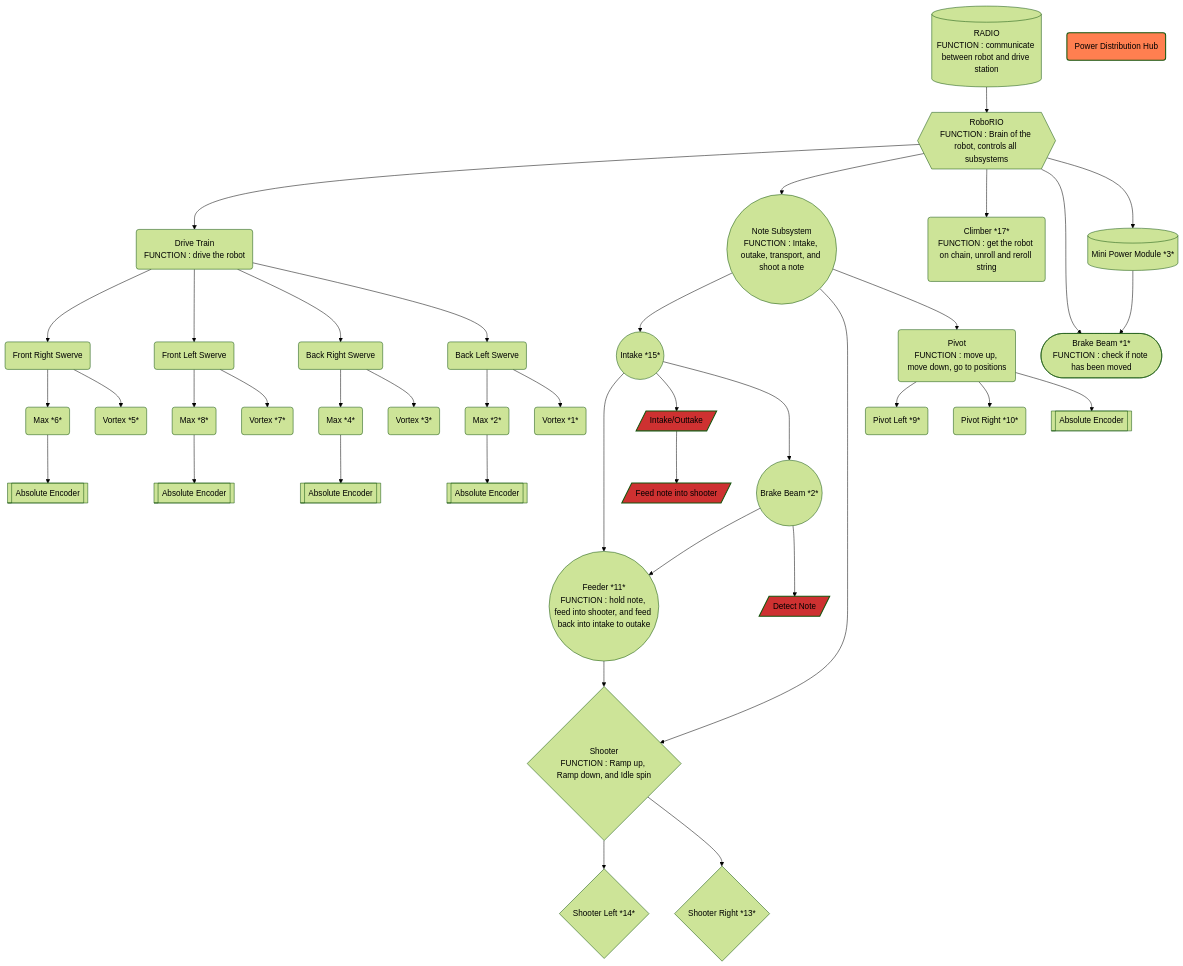
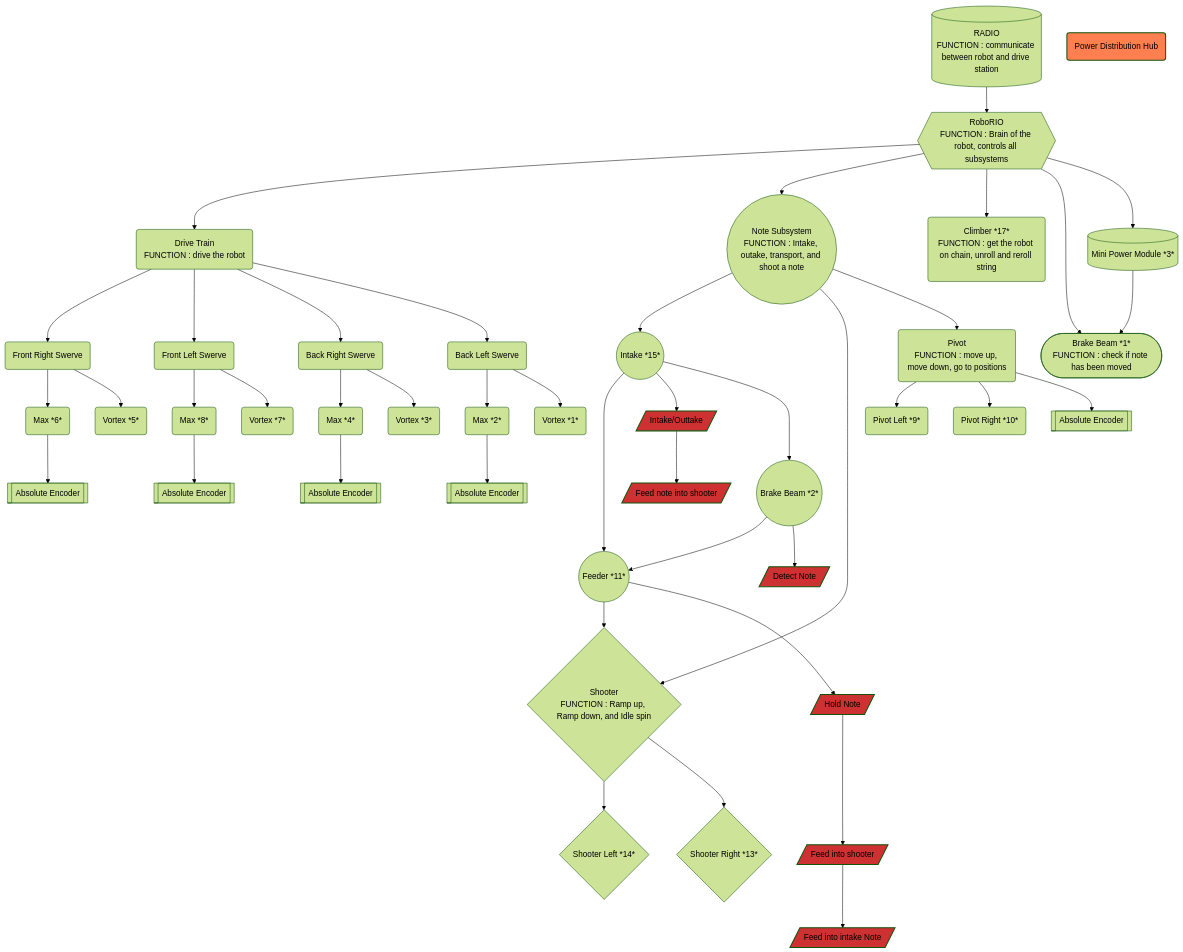
The diagram in tony_graphs.md (richardson-area-wide-robotics/Frc24-Crescendo-1745-OffSeason-AdvantageKit), drawn with Mermaid (forest theme) before and after one commit.

````diff
--- a/tony_graphs.md
+++ b/tony_graphs.md
@@ -1,59 +1,63 @@
 ```mermaid
 graph TD;
     RoboRIO{{RoboRIO
 FUNCTION : Brain of the robot, controls all subsystems}}-->DriveTrain;
     DriveTrain(Drive Train
 FUNCTION : drive the robot );
     RoboRIO-->NoteSubsystem((Note Subsystem
 FUNCTION : Intake, outake, transport, and shoot a note));
     NoteSubsystem-->IntakeSystem((Intake *15*));
     NoteSubsystem-->ShooterSystem{Shooter
 FUNCTION : Ramp up, Ramp down, and Idle spin};
     ShooterSystem-->ShooterLeft{Shooter Left *14*};
     ShooterSystem-->ShooterRight{Shooter Right *13*};
     RoboRIO-->ClimberSystem(Climber *17*
 FUNCTION : get the robot on chain, unroll and reroll string);
-    IntakeSystem-->FeederSystem((Feeder *11*
-FUNCTION : hold note, feed into shooter, and feed back into intake to outake))-->ShooterSystem;
+    IntakeSystem-->FeederSystem((Feeder *11*))-->ShooterSystem;
+FeederSystem -->FUNCFEEDER;
 IntakeSystem-->FUNCINTAKE1;
     NoteSubsystem-->PivotSystem(Pivot
 FUNCTION : move up, move down, go to positions);
     PivotSystem-->PivotLeft(Pivot Left *9*);
     PivotSystem-->PivotRight(Pivot Right *10*);
     DriveTrain-->FrontRightSwerve(Front Right Swerve);
     DriveTrain-->FrontLeftSwerve(Front Left Swerve);
     DriveTrain-->BackRightSwerve(Back Right Swerve);
     DriveTrain-->BackLeftSwerve(Back Left Swerve);
     FrontRightSwerve-->MaxFR(Max *6*);
     FrontLeftSwerve-->MaxFL(Max *8*);
     BackRightSwerve-->MaxBR(Max *4*);
     BackLeftSwerve-->MaxBL(Max *2*);
     FrontRightSwerve-->VortexFR(Vortex *5*);
     FrontLeftSwerve-->VortexFL(Vortex *7*);
     BackRightSwerve-->VortexBR(Vortex *3*);
     BackLeftSwerve-->VortexBL(Vortex *1*);
     MaxFR-->EncoderFR[[Absolute Encoder]];
     MaxFL-->EncoderFL[[Absolute Encoder]];
     MaxBR-->EncoderBR[[Absolute Encoder]];
     MaxBL-->EncoderBL[[Absolute Encoder]];
     PivotSystem-->PivotEncoder[[Absolute Encoder]];
     IntakeSystem--->BrakeBeamNote((Brake Beam *2*))-->FeederSystem;
     BrakeBeamNote-->FUNCBREAKBEAM;
     RoboRIO-->ShooterBrakeBeam([Brake Beam *1*
 FUNCTION : check if note has been moved]);
     RoboRIO-->MiniPowerModule[(Mini Power Module *3*)]-->ShooterBrakeBeam;
     RADIO[(RADIO
 FUNCTION : communicate between robot and drive station)]-->RoboRIO;
 FUNCINTAKE1[/Intake/Outtake/]-->FUNCINTAKE2;
     FUNCINTAKE2[/Feed note into shooter/];
 FUNCBREAKBEAM[/Detect Note/];
+FUNCFEEDER[/Hold Note/] -->FUNCFEEDER2;
+    FUNCFEEDER2[/Feed into shooter/] --> FUNCFEEDER3;
+    FUNCFEEDER3[/Feed into intake Note/];
+
 PDH(Power Distribution Hub)
 
 classDef fuctionStyle fill:#ce3131,stroke-width:2px,color:#000;
-    class FUNCINTAKE1,FUNCINTAKE2,FUNCINTAKE3,FUNCBREAKBEAM fuctionStyle;
+    class FUNCINTAKE1,FUNCINTAKE2,FUNCINTAKE3,FUNCBREAKBEAM,FUNCFEEDER,FUNCFEEDER2,FUNCFEEDER3 fuctionStyle;
 
 classDef powerStyle fill:#ff7f50,stroke-width:2px,color:#000;
     class PDH powerStyle;
 
 
 ```
````
